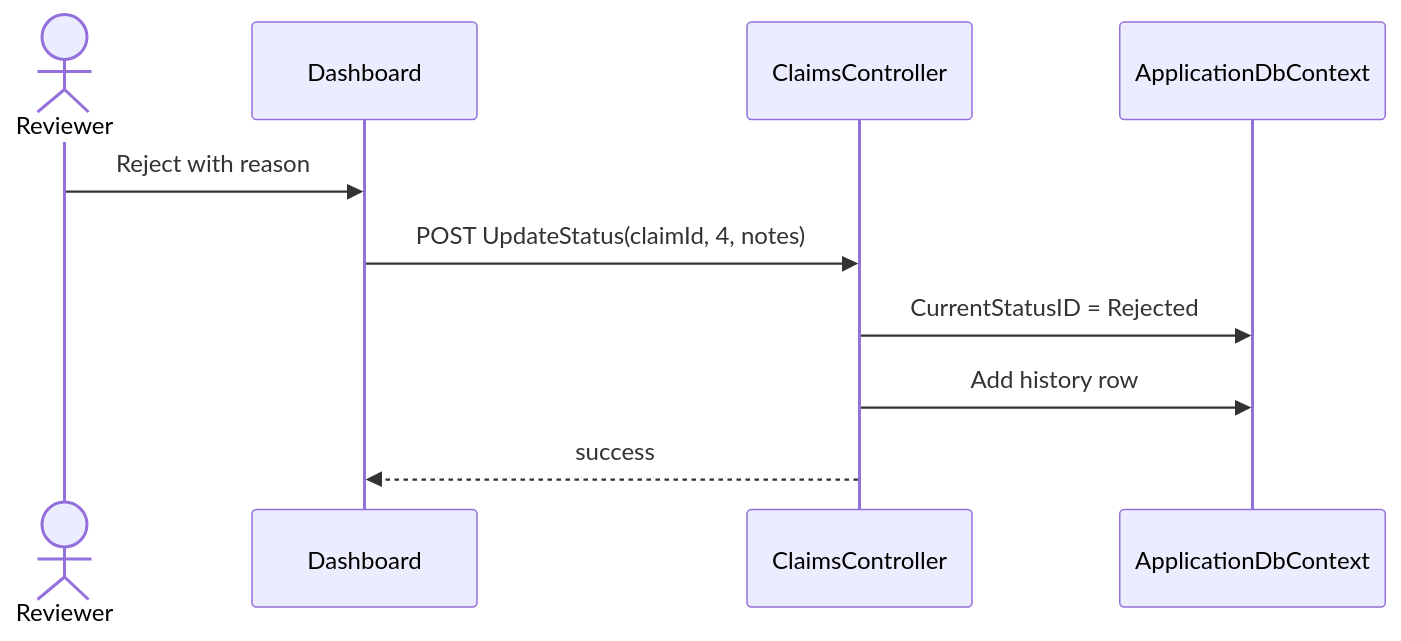
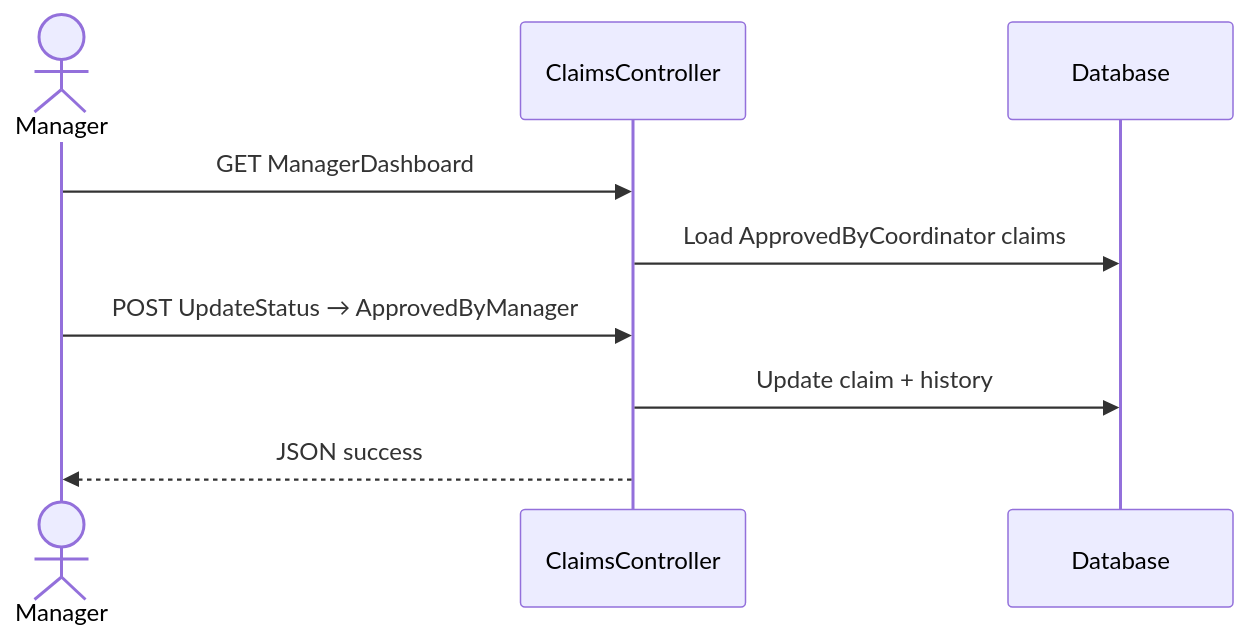
One commit to jah-guide/CMCS-Project changed the third of 3 diagrams in docs/07-sequence-flows.md. Above: the diagram before and after it, drawn with Mermaid. The commit also changed other lines of this file, not shown here.

Commit message:
docs: condense sequence flows to three core paths

````diff
--- a/docs/07-sequence-flows.md
+++ b/docs/07-sequence-flows.md
@@ -109,13 +39,12 @@
 ```mermaid
 sequenceDiagram
-    actor R as Reviewer
-    participant UI as Dashboard
+    actor M as Manager
     participant C as ClaimsController
-    participant DB as ApplicationDbContext
+    participant DB as Database
 
-    R->>UI: Reject with reason
-    UI->>C: POST UpdateStatus(claimId, 4, notes)
-    C->>DB: CurrentStatusID = Rejected
-    C->>DB: Add history row
-    C-->>UI: success
+    M->>C: GET ManagerDashboard
+    C->>DB: Load ApprovedByCoordinator claims
+    M->>C: POST UpdateStatus → ApprovedByManager
+    C->>DB: Update claim + history
+    C-->>M: JSON success
 ```
````
